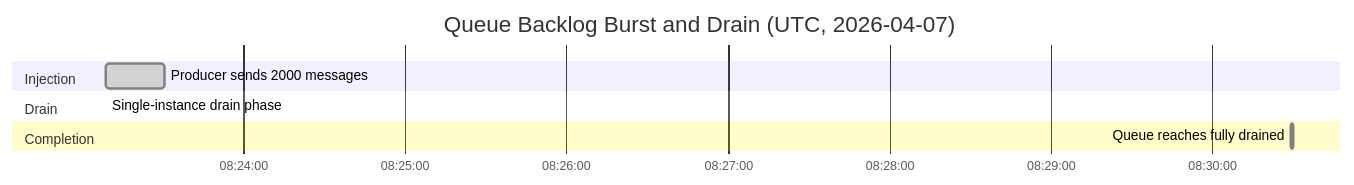
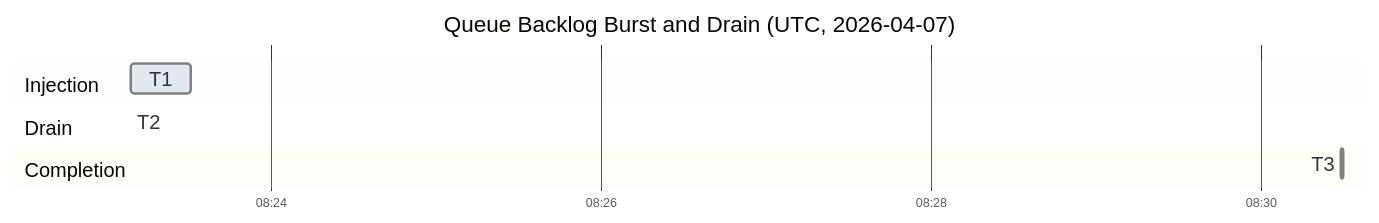
Before and after one commit to yeongseon/azure-functions-practical-guide: the second of 5 diagrams in docs/troubleshooting/lab-guides/queue-backlog-scaling.md, drawn with Mermaid. The commit also changed other lines of this file and 1 other file, not shown here.

First line of the commit message:
docs(diagrams): migrate Functions lab messaging and triggers — queue backlog scaling (#440)

````diff
--- a/docs/troubleshooting/lab-guides/queue-backlog-scaling.md
+++ b/docs/troubleshooting/lab-guides/queue-backlog-scaling.md
@@ -180,12 +184,16 @@
 ```mermaid
+%%{init: {"gantt":{"fontSize":16,"sectionFontSize":16,"leftPadding":95,"rightPadding":35,"barHeight":24,"barGap":10},"theme":"base","themeVariables":{"doneTaskBkgColor":"#e2e8f0","critBkgColor":"#fed7aa","taskBkgColor":"#e2e8f0"},"themeCSS":".grid .tick text{font-size:16px;fill:var(--md-default-fg-color);} .section{opacity:0;} .titleText{font-size:14px;fill:var(--md-default-fg-color);} .sectionTitle{fill:var(--md-default-fg-color);} .taskTextOutsideLeft,.taskTextOutsideRight{fill:var(--md-default-fg-color)!important;} .taskText{fill:#14202e!important;}"}}%%
 gantt
+    accTitle: Queue Backlog Burst and Drain (UTC, 2026-04-07)
+    accDescr: Historical injection, drain and completion sections retain their reported start times and durations; the adjacent key gives exact seconds. This is not a new run.
     title Queue Backlog Burst and Drain (UTC, 2026-04-07)
     dateFormat  HH:mm:ss
-    axisFormat  %H:%M:%S
+    axisFormat  %H:%M
+    tickInterval 2minute
     section Injection
-    Producer sends 2000 messages   :done, inj, 08:23:09, 22s
+    T1 :done, inj, 08:23:09, 22s
     section Drain
-    Single-instance drain phase    :done, drn, 08:23:09, 7m20s
+    T2 :done, drn, 08:23:09, 7m20s
     section Completion
-    Queue reaches fully drained    :done, fin, 08:30:29, 1s
+    T3 :done, fin, 08:30:29, 1s
 ```
````
